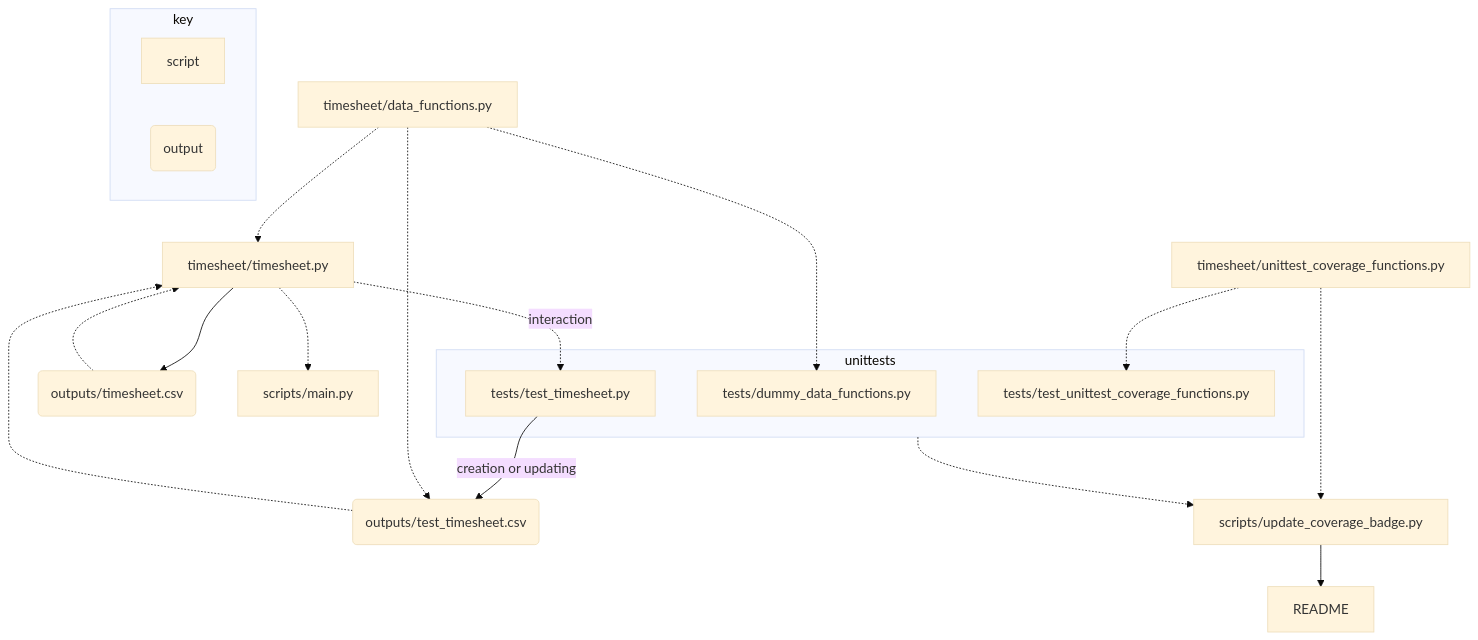
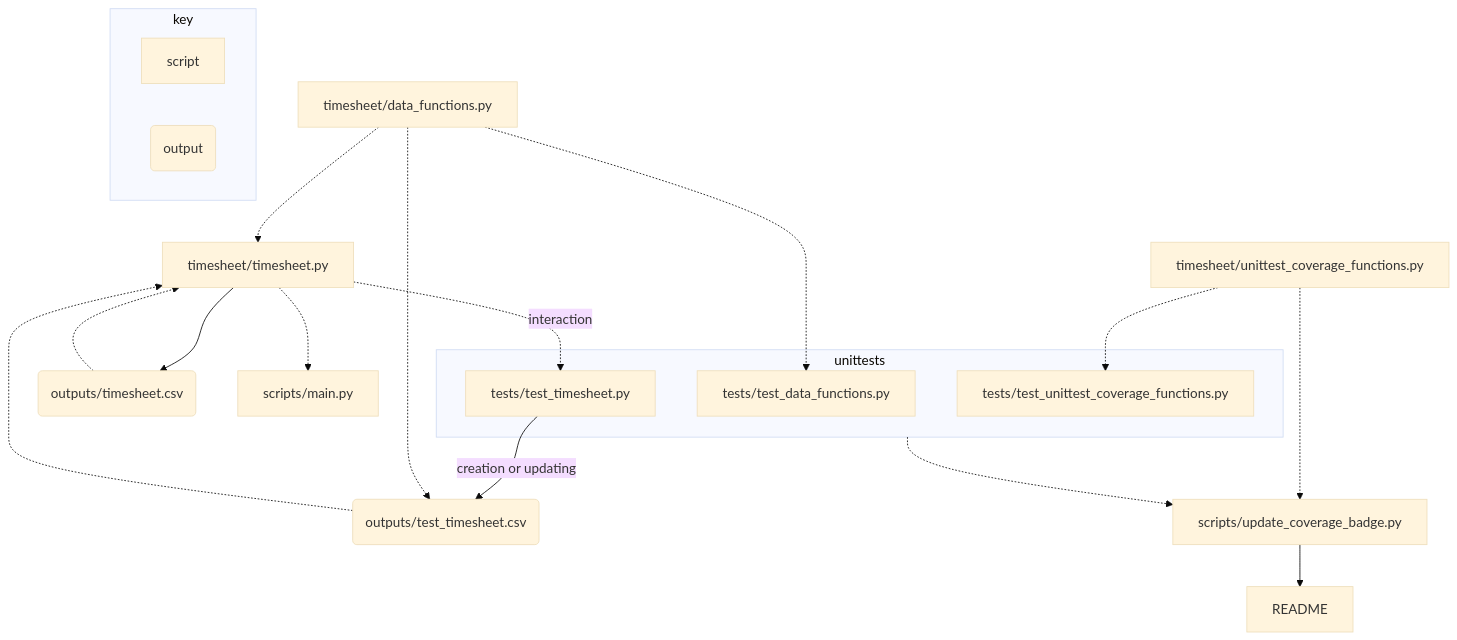
Before and after one commit to JosephCrispell/timesheet: the diagram in README.md, drawn with Mermaid (base theme).

Commit message:
Fixed typo in workflow

````diff
--- a/README.md
+++ b/README.md
@@ -51,25 +51,25 @@
 ```mermaid
   graph TD
     timesheet[timesheet/timesheet.py] --> data(outputs/timesheet.csv);
     data .-> timesheet;
     data_functions[timesheet/data_functions.py] .-> timesheet;
     timesheet .->|interaction| test_timesheet[tests/test_timesheet.py];
     data_functions .-> test_data_functions[tests/test_data_functions.py];
     test_timesheet -->|creation or updating| test_data(outputs/test_timesheet.csv);
     test_data .-> timesheet;
     data_functions .-> test_data;
     timesheet .-> main[scripts/main.py];
     subgraph "key"
         k1[script];
         k2(output);
     end
     coverage_functions[timesheet/unittest_coverage_functions.py] .-> update_coverage_badge[scripts/update_coverage_badge.py];
     coverage_functions .-> test_coverage[tests/test_unittest_coverage_functions.py];
     update_coverage_badge --> readme[README];
     subgraph "unittests"
         test_timesheet[tests/test_timesheet.py];
-        test_data_functions[tests/dummy_data_functions.py];
+        test_data_functions[tests/test_data_functions.py];
         test_coverage[tests/test_unittest_coverage_functions.py];
     end
     unittests .-> update_coverage_badge
 ```
````
